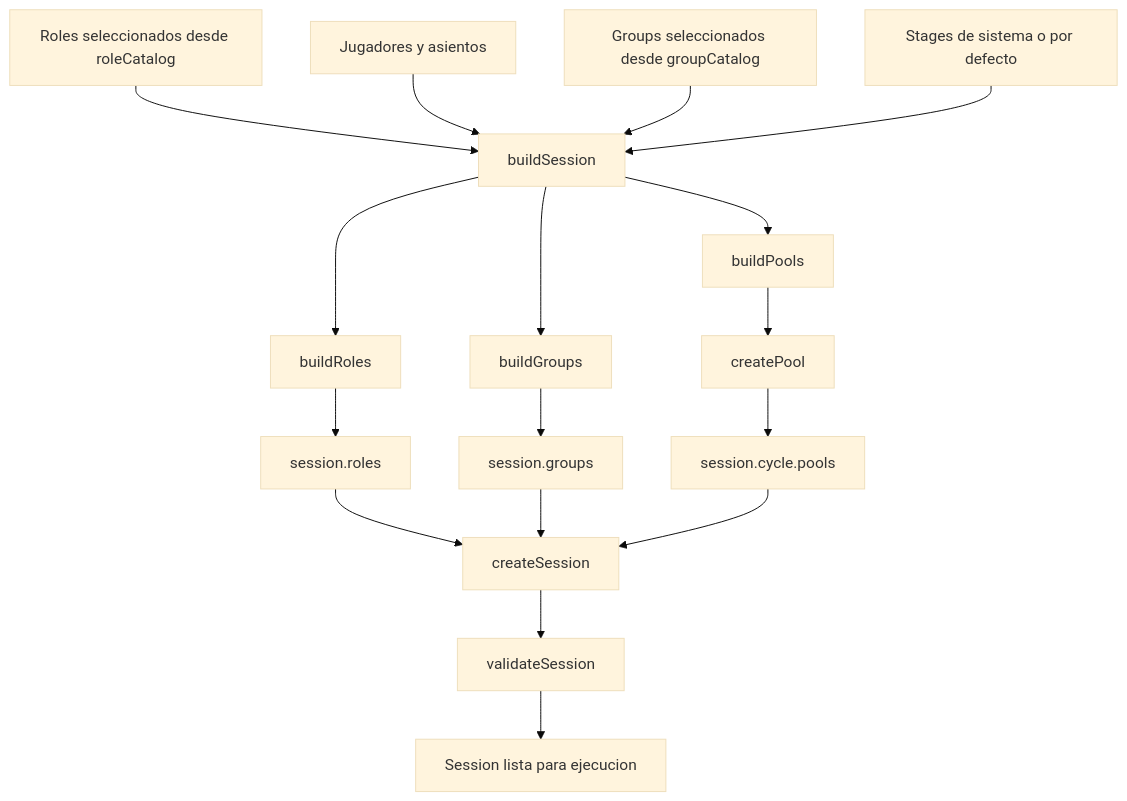
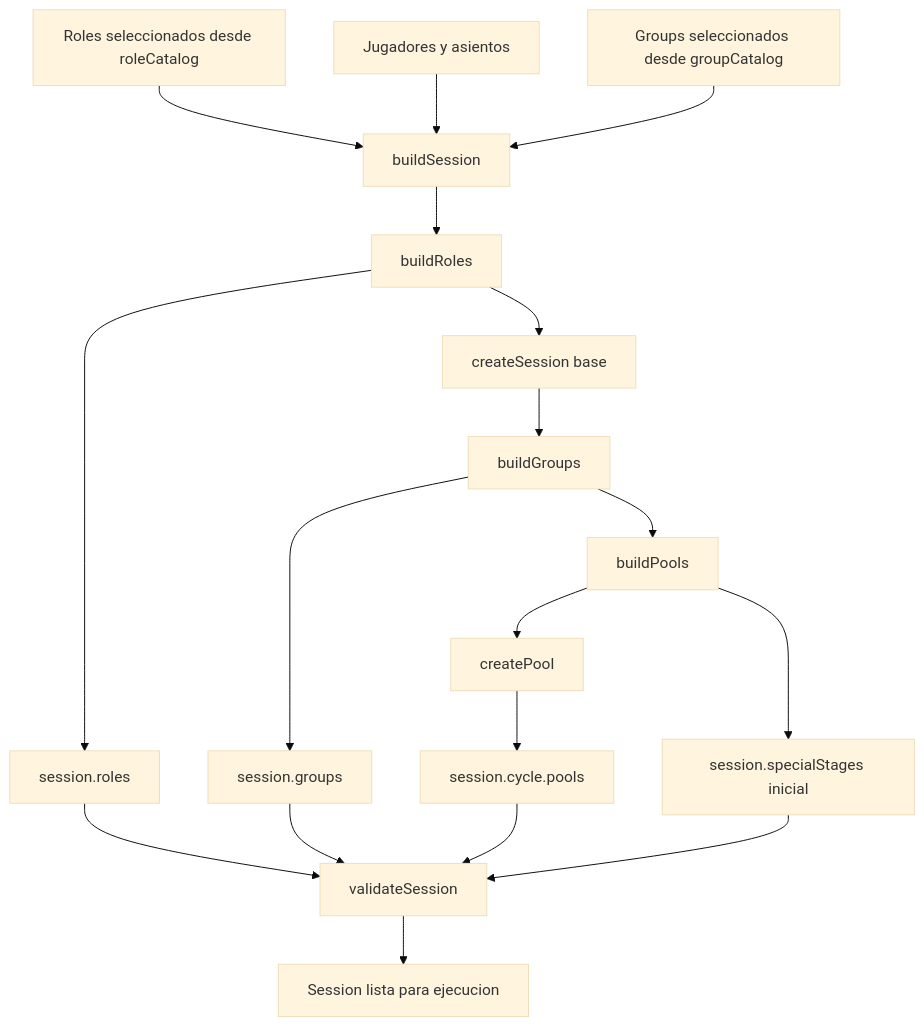
The second of 14 diagrams in docs/engine_flow_map.md (juanramonmorandeira/castronegro-director), drawn with Mermaid (base theme) before and after one commit. The commit also changed other lines of this file and 63 other files, not shown here.

````diff
--- a/docs/engine_flow_map.md
+++ b/docs/engine_flow_map.md
@@ -111,35 +110,36 @@
 ```mermaid
 flowchart TD
   A[Roles seleccionados desde roleCatalog]
   B[Jugadores y asientos]
   C[Groups seleccionados desde groupCatalog]
-  D[Stages de sistema o por defecto]
   E[buildSession]
   F[buildRoles]
+  J[createSession base]
   G[buildGroups]
   H[buildPools]
   I[createPool]
-  J[createSession]
   K[validateSession]
   L[session.roles]
   M[session.groups]
   N[session.cycle.pools]
+  P[session.specialStages inicial]
   O[Session lista para ejecucion]
 
   A --> E
   B --> E
   C --> E
-  D --> E
   E --> F
-  E --> G
-  E --> H
+  F --> J
+  J --> G
+  G --> H
   H --> I
+  H --> P
   F --> L
   G --> M
   I --> N
-  L --> J
-  M --> J
-  N --> J
-  J --> K
+  L --> K
+  M --> K
+  N --> K
+  P --> K
   K --> O
 ```
````
